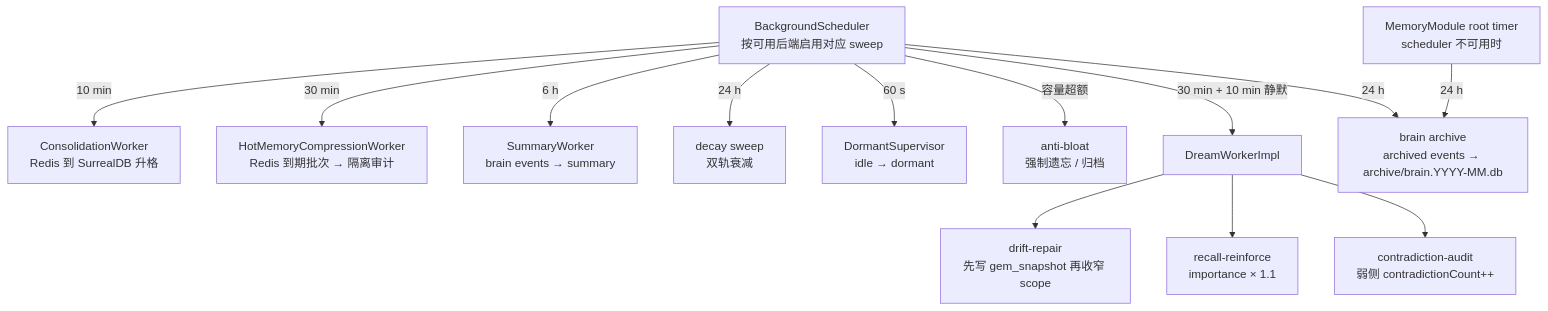
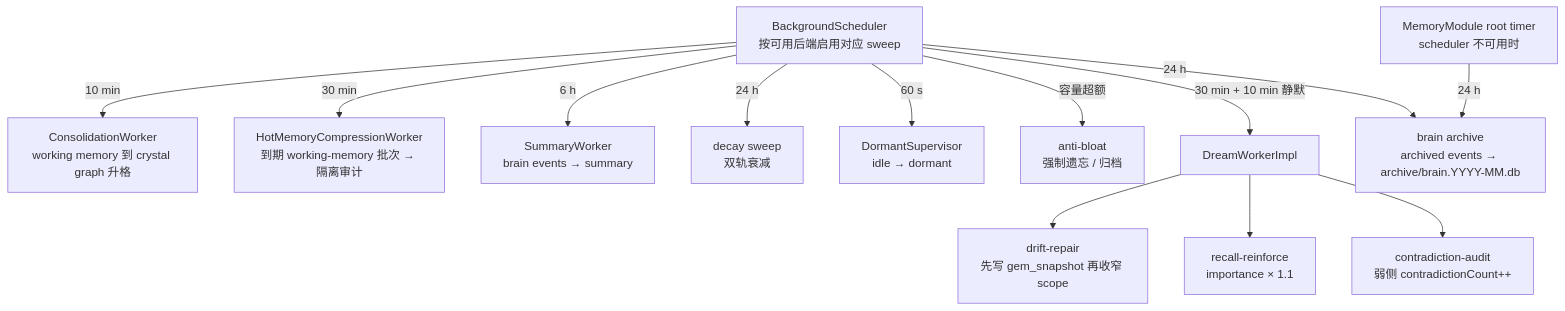
Before and after one commit to flyflor/flyflor: the fifth of 5 diagrams in docs/memory.system.md, drawn with Mermaid. The commit also changed other lines of this file and 38 other files, not shown here.

````diff
--- a/docs/memory.system.md
+++ b/docs/memory.system.md
@@ -183,16 +184,16 @@
 ```mermaid
 flowchart TB
     Sched["BackgroundScheduler<br/>按可用后端启用对应 sweep"]
-    Sched -- 10 min --> Cons["ConsolidationWorker<br/>Redis 到 SurrealDB 升格"]
-    Sched -- 30 min --> HotCompress["HotMemoryCompressionWorker<br/>Redis 到期批次 → 隔离审计"]
+    Sched -- 10 min --> Cons["ConsolidationWorker<br/>working memory 到 crystal graph 升格"]
+    Sched -- 30 min --> HotCompress["HotMemoryCompressionWorker<br/>到期 working-memory 批次 → 隔离审计"]
     Sched -- 6 h --> Summary["SummaryWorker<br/>brain events → summary"]
     Sched -- 24 h --> Decay["decay sweep<br/>双轨衰减"]
     Sched -- 60 s --> Dormant["DormantSupervisor<br/>idle → dormant"]
     Sched -- 容量超额 --> Bloat["anti-bloat<br/>强制遗忘 / 归档"]
     Sched -- 30 min + 10 min 静默 --> Dream["DreamWorkerImpl"]
     Sched -- 24 h --> Archive["brain archive<br/>archived events → archive/brain.YYYY-MM.db"]
     Root["MemoryModule root timer<br/>scheduler 不可用时"] -- 24 h --> Archive
     Dream --> DR["drift-repair<br/>先写 gem_snapshot 再收窄 scope"]
     Dream --> RR["recall-reinforce<br/>importance × 1.1"]
     Dream --> CA["contradiction-audit<br/>弱侧 contradictionCount++"]
 ```
````
